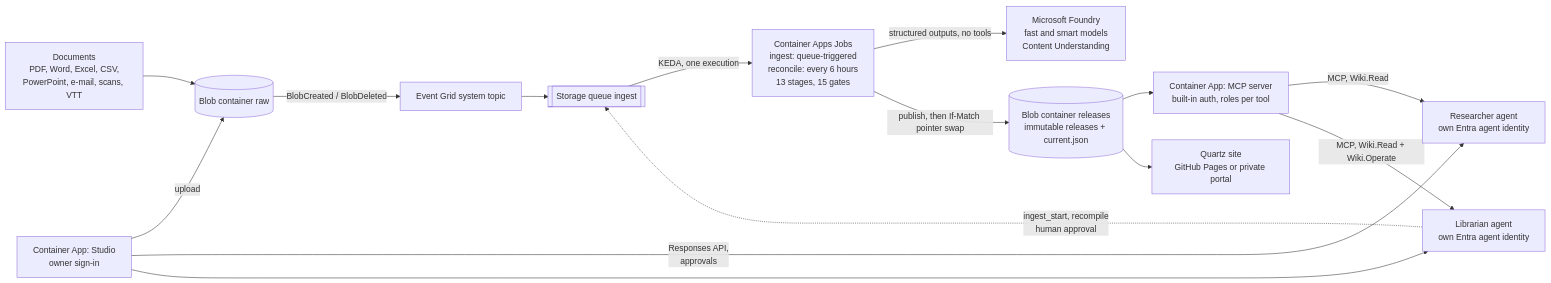
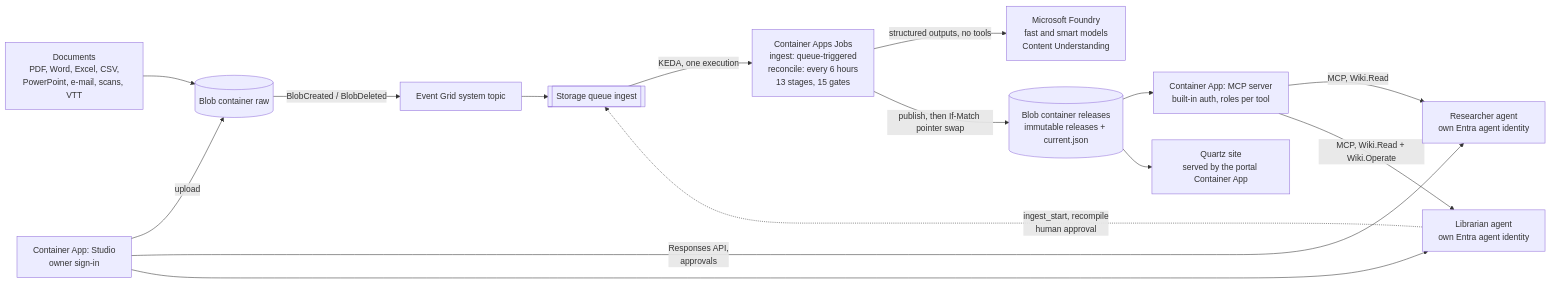
One commit to ozgurkarahan/docwiki changed the diagram in README.md. Above: the diagram before and after it, drawn with Mermaid. The commit also changed other lines of this file and 1821 other files, not shown here.

First line of the commit message:
DocWiki: fictional construction-job sample, answers filed into the wiki, one public repo without GitHub Pages

````diff
--- a/README.md
+++ b/README.md
@@ -162,17 +187,17 @@
 ```mermaid
 flowchart LR
   docs["Documents<br/>PDF, Word, Excel, CSV,<br/>PowerPoint, e-mail, scans, VTT"] --> raw[("Blob container raw")]
   raw -->|"BlobCreated / BlobDeleted"| eg["Event Grid system topic"]
   eg --> queue[["Storage queue ingest"]]
   queue -->|"KEDA, one execution"| job["Container Apps Jobs<br/>ingest: queue-triggered<br/>reconcile: every 6 hours<br/>13 stages, 15 gates"]
   job -->|"structured outputs, no tools"| foundry["Microsoft Foundry<br/>fast and smart models<br/>Content Understanding"]
   job -->|"publish, then If-Match pointer swap"| releases[("Blob container releases<br/>immutable releases + current.json")]
   releases --> mcp["Container App: MCP server<br/>built-in auth, roles per tool"]
-  releases --> site["Quartz site<br/>GitHub Pages or private portal"]
+  releases --> site["Quartz site<br/>served by the portal Container App"]
   mcp -->|"MCP, Wiki.Read"| researcher["Researcher agent<br/>own Entra agent identity"]
   mcp -->|"MCP, Wiki.Read + Wiki.Operate"| librarian["Librarian agent<br/>own Entra agent identity"]
   librarian -.->|"ingest_start, recompile<br/>human approval"| queue
   studio["Container App: Studio<br/>owner sign-in"] -->|"upload"| raw
   studio -->|"Responses API,<br/>approvals"| researcher
   studio --> librarian
 ```
````
